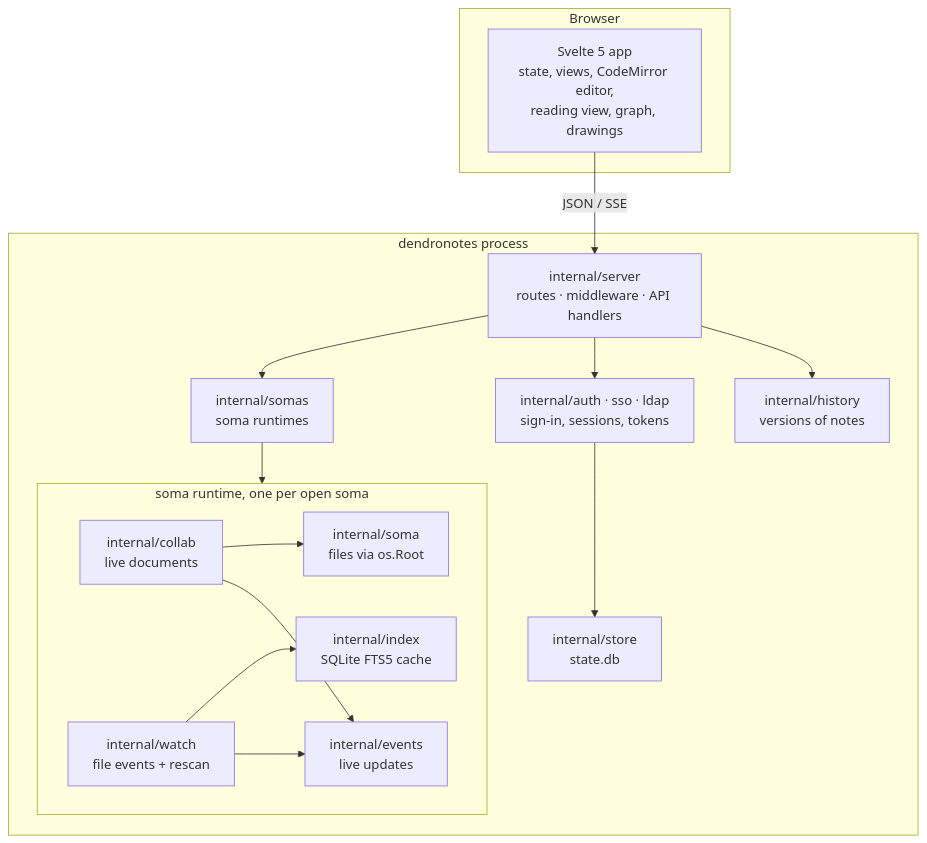
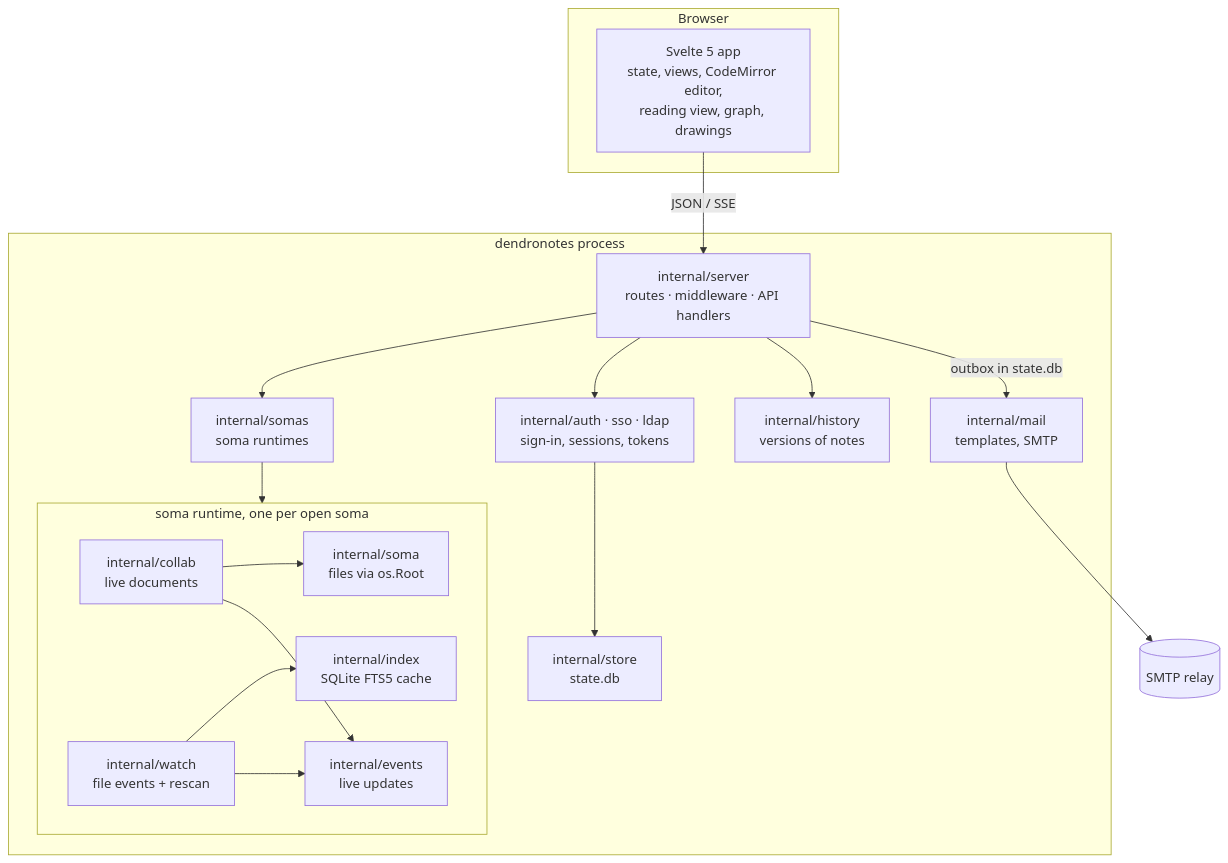
One commit to erktm/dendronotes changed the second of 4 diagrams in docs/architecture.md. Above: the diagram before and after it, drawn with Mermaid. The commit also changed other lines of this file and 10 other files, not shown here.

Commit message:
docs: e-mail through an SMTP relay, Helm values and dev settings

````diff
--- a/docs/architecture.md
+++ b/docs/architecture.md
@@ -41,28 +41,31 @@
 ```mermaid
 flowchart TB
   subgraph browser[Browser]
     ui[Svelte 5 app<br/>state, views, CodeMirror editor,<br/>reading view, graph, drawings]
   end
   subgraph server[dendronotes process]
     http[internal/server<br/>routes · middleware · API handlers]
     auth[internal/auth · sso · ldap<br/>sign-in, sessions, tokens]
     store[internal/store<br/>state.db]
     mgr[internal/somas<br/>soma runtimes]
     subgraph rt[soma runtime, one per open soma]
       fs[internal/soma<br/>files via os.Root]
       idx[internal/index<br/>SQLite FTS5 cache]
       w[internal/watch<br/>file events + rescan]
       hub[internal/events<br/>live updates]
       collab[internal/collab<br/>live documents]
     end
     hist[internal/history<br/>versions of notes]
+    mail[internal/mail<br/>templates, SMTP]
   end
+  relay[(SMTP relay)]
   ui -- JSON / SSE --> http
   http --> auth --> store
   http --> mgr --> rt
   http --> hist
+  http -- outbox in state.db --> mail --> relay
   collab --> fs
   w --> idx
   w --> hub
   collab --> hub
 ```
````
